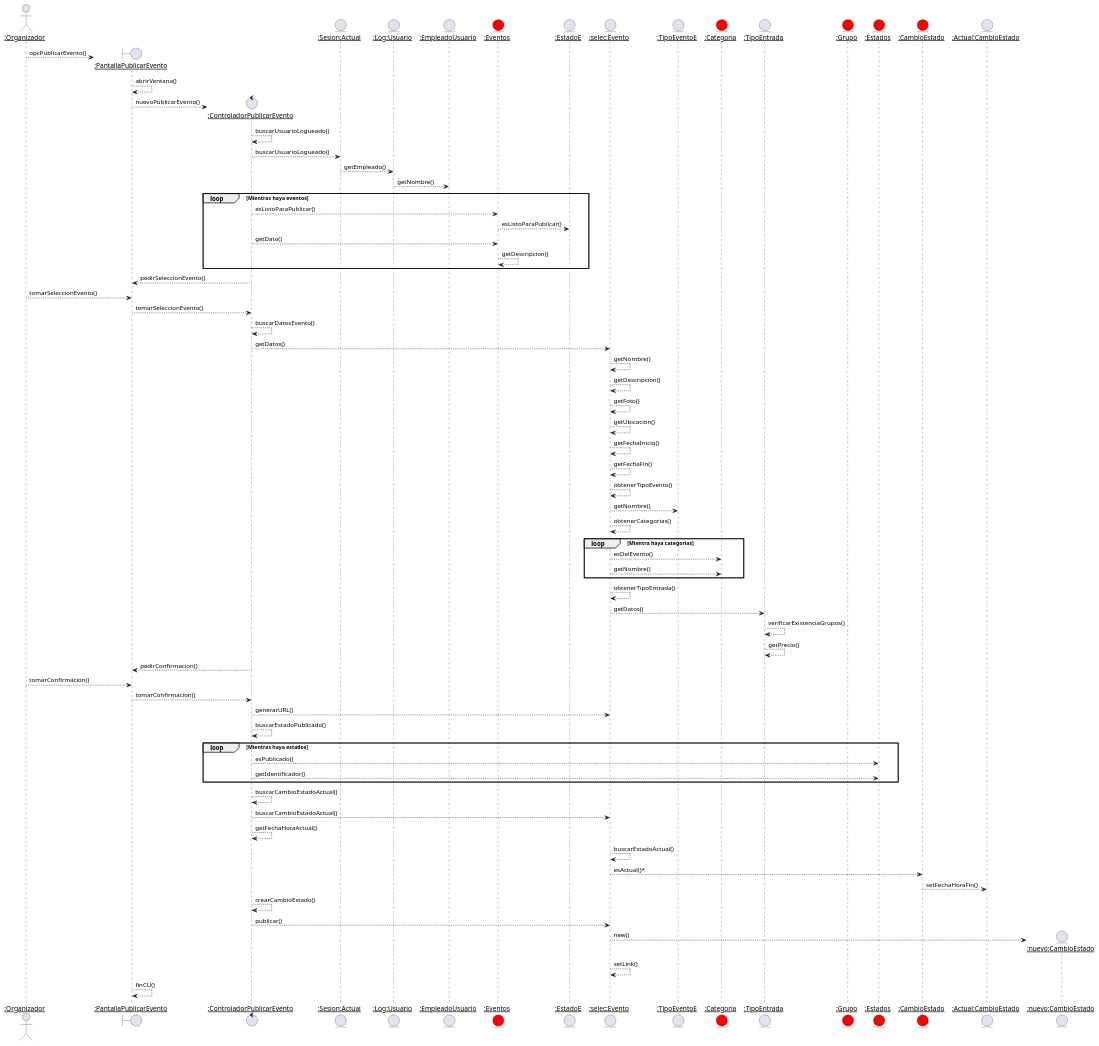
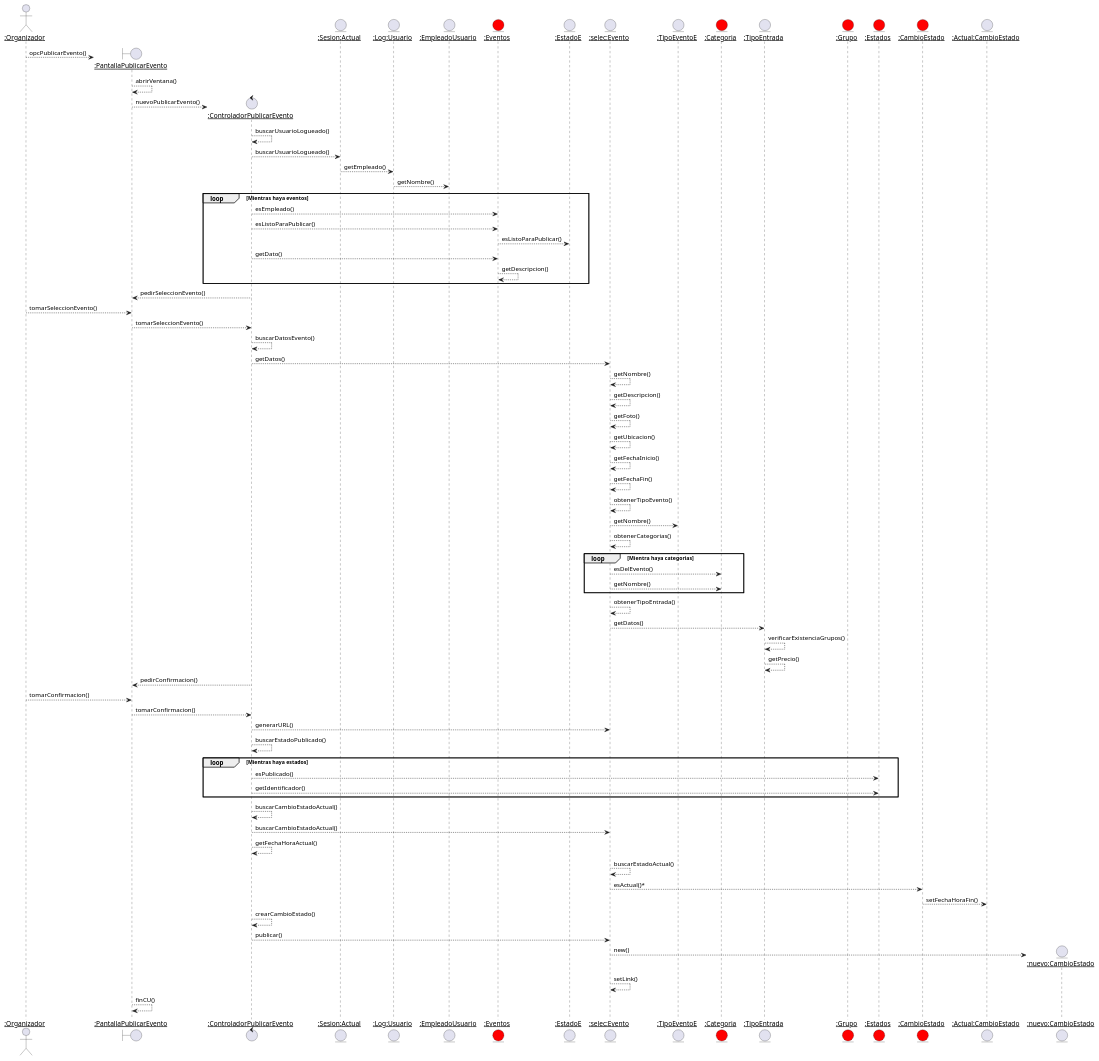
The diagram in PreParciales/GestionEventos/secuencia.puml (IgnacioSala20/Diagramas), drawn with PlantUML before and after one commit. The commit also changed 2 other files, not shown here.

```diff
--- a/PreParciales/GestionEventos/secuencia.puml
+++ b/PreParciales/GestionEventos/secuencia.puml
@@ -1,104 +1,105 @@
 @startuml secuencia
 
 actor "__:Organizador__" as O
 
 create boundary "__:PantallaPublicarEvento__" as PPE
 
 O --> PPE : opcPublicarEvento()
 PPE --> PPE : abrirVentana()
 
 create control "__:ControladorPublicarEvento__" as CPE
 
 PPE --> CPE : nuevoPublicarEvento()
 
 CPE --> CPE : buscarUsuarioLogueado()
 
 entity "__:Sesion:Actual__" as SA 
 entity "__:Log:Usuario__" as LU
 
 CPE --> SA : buscarUsuarioLogueado()
 SA --> LU : getEmpleado()
 entity "__:EmpleadoUsuario__" as EU 
 LU --> EU : getNombre()
 
 entity "__:Eventos__" as E #red
 entity "__:EstadoE__" as EE 
 group loop [Mientras haya eventos]
+    CPE --> E : esEmpleado()
     CPE --> E : esListoParaPublicar()
     E --> EE : esListoParaPublicar()
 
     CPE --> E : getDato()
     E --> E : getDescripcion()
 end
 
 CPE --> PPE : pedirSeleccionEvento()
 
 O --> PPE : tomarSeleccionEvento()
 PPE --> CPE : tomarSeleccionEvento()
 
 entity "__:selec:Evento__" as SE 
 
 CPE --> CPE : buscarDatosEvento()
 
 CPE --> SE : getDatos()
 
 SE --> SE : getNombre()
 SE --> SE : getDescripcion()
 SE --> SE : getFoto()
 SE --> SE : getUbicacion()
 SE --> SE : getFechaInicio()
 SE --> SE : getFechaFin()
 SE --> SE : obtenerTipoEvento()
 entity "__:TipoEventoE__" as TEE
 SE --> TEE : getNombre()
 SE --> SE : obtenerCategorias()
 entity "__:Categoria__" as C #red
 group loop [Mientra haya categorias]
     SE --> C : esDelEvento()
     SE --> C : getNombre()
 end
 entity "__:TipoEntrada__" as TE
 entity "__:Grupo__" as G #red
 SE --> SE : obtenerTipoEntrada()
 SE --> TE : getDatos()
 TE --> TE : verificarExistenciaGrupos()
 
 TE --> TE : getPrecio()
 
 
 CPE --> PPE : pedirConfirmacion()
 O --> PPE : tomarConfirmacion()
 PPE --> CPE : tomarConfirmacion()
 
 CPE --> SE : generarURL()
 
 CPE --> CPE : buscarEstadoPublicado()
 entity "__:Estados__" as Estados #red
 group loop [Mientras haya estados]
     CPE --> Estados : esPublicado()
     CPE --> Estados : getIdentificador()
 end
 
 entity "__:CambioEstado__" as CE #red
 
 CPE --> CPE : buscarCambioEstadoActual()
 
 CPE --> SE : buscarCambioEstadoActual()
 CPE --> CPE : getFechaHoraActual()
 SE --> SE : buscarEstadoActual()
 SE --> CE : esActual()*
 entity "__:Actual:CambioEstado__" as ACE 
 CE --> ACE : setFechaHoraFin()
 
 
 CPE --> CPE : crearCambioEstado()
 
 CPE --> SE : publicar()
 
 create entity "__:nuevo:CambioEstado__" as nCE
 
 SE --> nCE : new()
 SE --> SE : setLink()
 
 PPE --> PPE : finCU()
 @enduml
```
